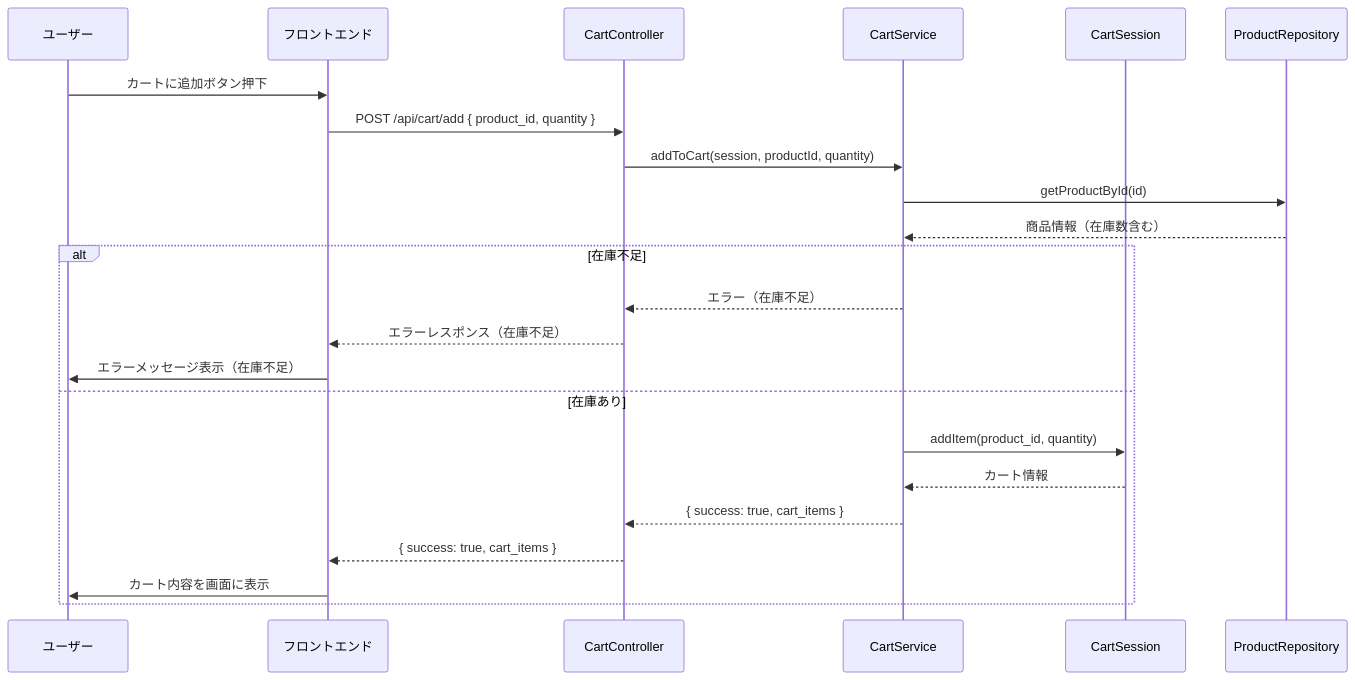
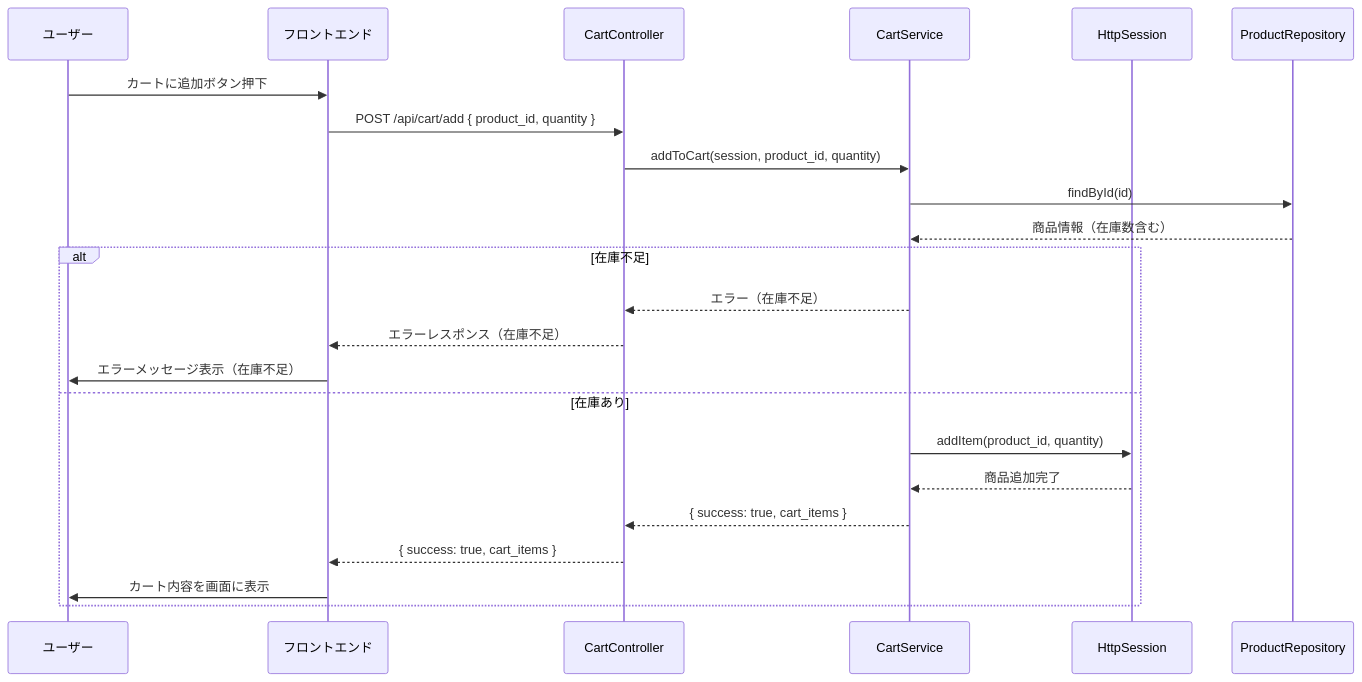
The third of 35 diagrams in 詳細設計/担当B_村田/3.2 機能詳細.md (Aoi-Yaegashi/teamF), drawn with Mermaid before and after one commit. The commit also changed other lines of this file and 1 other file, not shown here.

```diff
--- a/詳細設計/担当B_村田/3.2 機能詳細.md
+++ b/詳細設計/担当B_村田/3.2 機能詳細.md
@@ -87,43 +87,43 @@
    <div class="mermaid">
    sequenceDiagram
     participant User as ユーザー
     participant FE as フロントエンド
     participant CartC as CartController
     participant CartS as CartService
-    participant CartRepo as CartSession
+    participant CartRepo as HttpSession
     participant ProdRepo as ProductRepository
 
     %% 1. ユーザーが「カートに追加」ボタンを押す
     User->>FE: カートに追加ボタン押下
 
     %% 2. フロントエンドがAPI呼び出し
     FE->>CartC: POST /api/cart/add { product_id, quantity }
 
     %% 3. コントローラがサービスに処理を依頼
-    CartC->>CartS: addToCart(session, productId, quantity)
+    CartC->>CartS: addToCart(session, product_id, quantity)
 
     %% 4. サービスが商品情報を取得（在庫チェックのため）
-    CartS->>ProdRepo: getProductById(id)
+    CartS->>ProdRepo: findById(id)
     ProdRepo-->>CartS: 商品情報（在庫数含む）
 
     %% 5. サービスが在庫チェック
     alt 在庫不足
         CartS-->>CartC: エラー（在庫不足）
         CartC-->>FE: エラーレスポンス（在庫不足）
         FE->>User: エラーメッセージ表示（在庫不足）
     else 在庫あり
         %% 6. サービスがCartセッションで既存カートの有無を確認
         CartS->>CartRepo: addItem(product_id, quantity)
         
-            CartRepo-->>CartS: カート情報
+        CartRepo-->>CartS: 商品追加完了
 
         %% 7. サービスがコントローラに返却
         CartS-->>CartC: { success: true, cart_items }
 
         %% 8. コントローラがフロントエンドにレスポンス
         CartC-->>FE: { success: true, cart_items }
 
         %% 9. フロントエンドがカートページに反映
         FE->>User: カート内容を画面に表示
     end
 </div>
```
